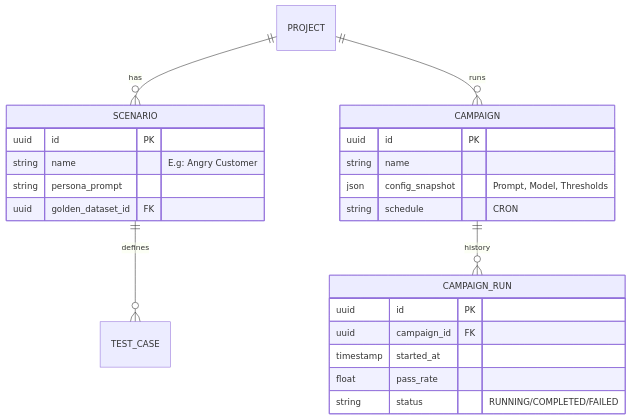
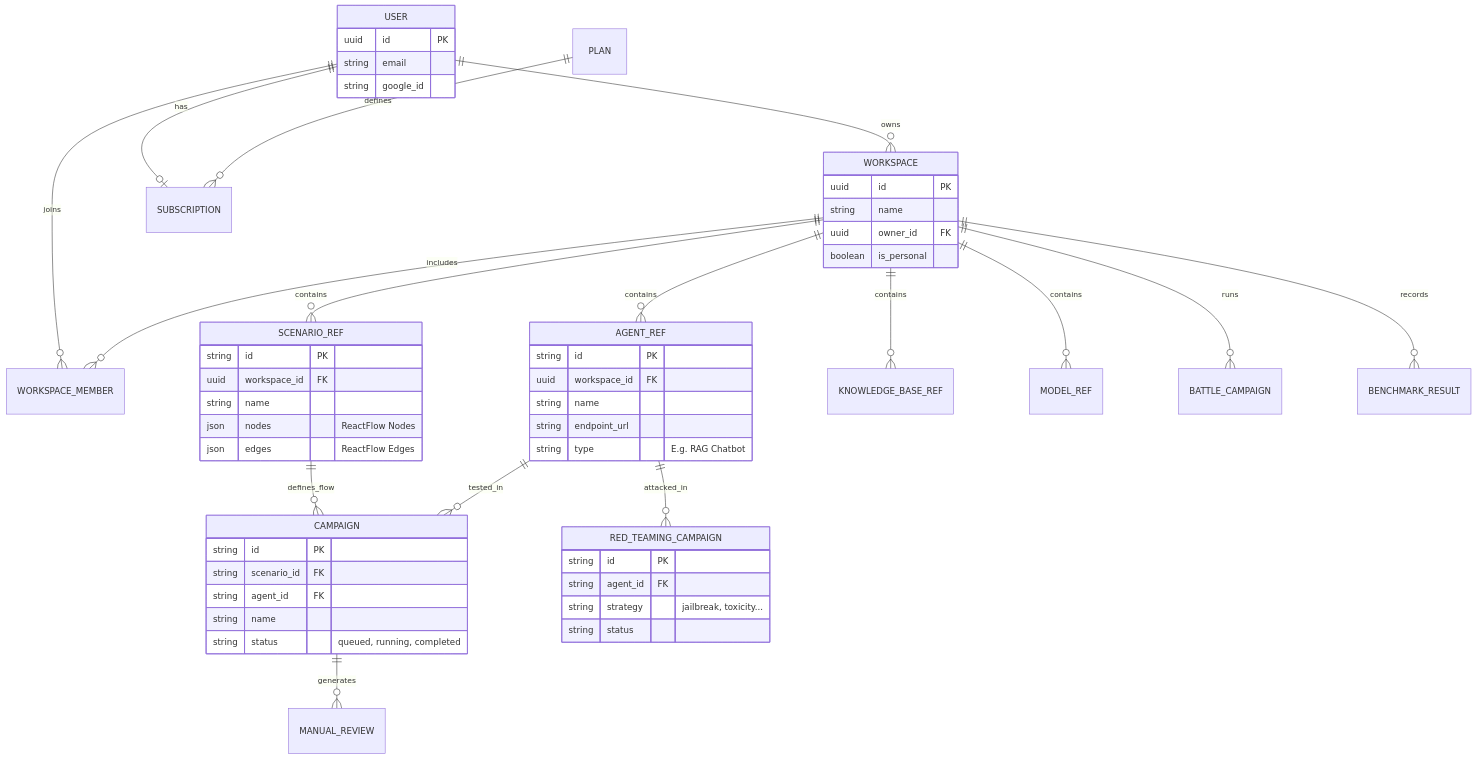
The diagram in langeval-ui/docs/en/03-Database-Design.md (solana8800/langeval), drawn with Mermaid before and after one commit. The commit also changed other lines of this file and 1 other file, not shown here.

Commit message:
feat: update database design

````diff
--- a/langeval-ui/docs/en/03-Database-Design.md
+++ b/langeval-ui/docs/en/03-Database-Design.md
@@ -25,29 +25,63 @@
 ```mermaid
 erDiagram
-    PROJECT ||--o{ SCENARIO : has
-    PROJECT ||--o{ CAMPAIGN : runs
-    SCENARIO ||--o{ TEST_CASE : defines
-    CAMPAIGN ||--o{ CAMPAIGN_RUN : history
+    %% Identity & Billing
+    USER ||--o{ WORKSPACE_MEMBER : joins
+    WORKSPACE ||--o{ WORKSPACE_MEMBER : includes
+    USER ||--o{ WORKSPACE : owns
+    USER ||--o| SUBSCRIPTION : has
+    PLAN ||--o{ SUBSCRIPTION : defines
+
+    %% Workspace Resources
+    WORKSPACE ||--o{ AGENT_REF : contains
+    WORKSPACE ||--o{ SCENARIO_REF : contains
+    WORKSPACE ||--o{ KNOWLEDGE_BASE_REF : contains
+    WORKSPACE ||--o{ MODEL_REF : contains
+
+    %% Campaigns & Execution
+    SCENARIO_REF ||--o{ CAMPAIGN : defines_flow
+    AGENT_REF ||--o{ CAMPAIGN : tested_in
+    CAMPAIGN ||--o{ MANUAL_REVIEW : generates
     
-    CAMPAIGN {
+    AGENT_REF ||--o{ RED_TEAMING_CAMPAIGN : attacked_in
+    WORKSPACE ||--o{ BATTLE_CAMPAIGN : runs
+    WORKSPACE ||--o{ BENCHMARK_RESULT : records
+
+    USER {
+        uuid id PK
+        string email
+        string google_id
+    }
+    WORKSPACE {
         uuid id PK
         string name
-        json config_snapshot "Prompt, Model, Thresholds"
-        string schedule "CRON"
+        uuid owner_id FK
+        boolean is_personal
     }
-
-    CAMPAIGN_RUN {
-        uuid id PK
-        uuid campaign_id FK
-        timestamp started_at
-        float pass_rate
-        string status "RUNNING/COMPLETED/FAILED"
+    AGENT_REF {
+        string id PK
+        uuid workspace_id FK
+        string name
+        string endpoint_url
+        string type "E.g. RAG Chatbot"
     }
-
-    SCENARIO {
-        uuid id PK
-        string name "E.g: Angry Customer"
-        string persona_prompt
-        uuid golden_dataset_id FK
+    SCENARIO_REF {
+        string id PK
+        uuid workspace_id FK
+        string name
+        json nodes "ReactFlow Nodes"
+        json edges "ReactFlow Edges"
+    }
+    CAMPAIGN {
+        string id PK
+        string scenario_id FK
+        string agent_id FK
+        string name
+        string status "queued, running, completed"
+    }
+    RED_TEAMING_CAMPAIGN {
+        string id PK
+        string agent_id FK
+        string strategy "jailbreak, toxicity..."
+        string status
     }
 ```
````
